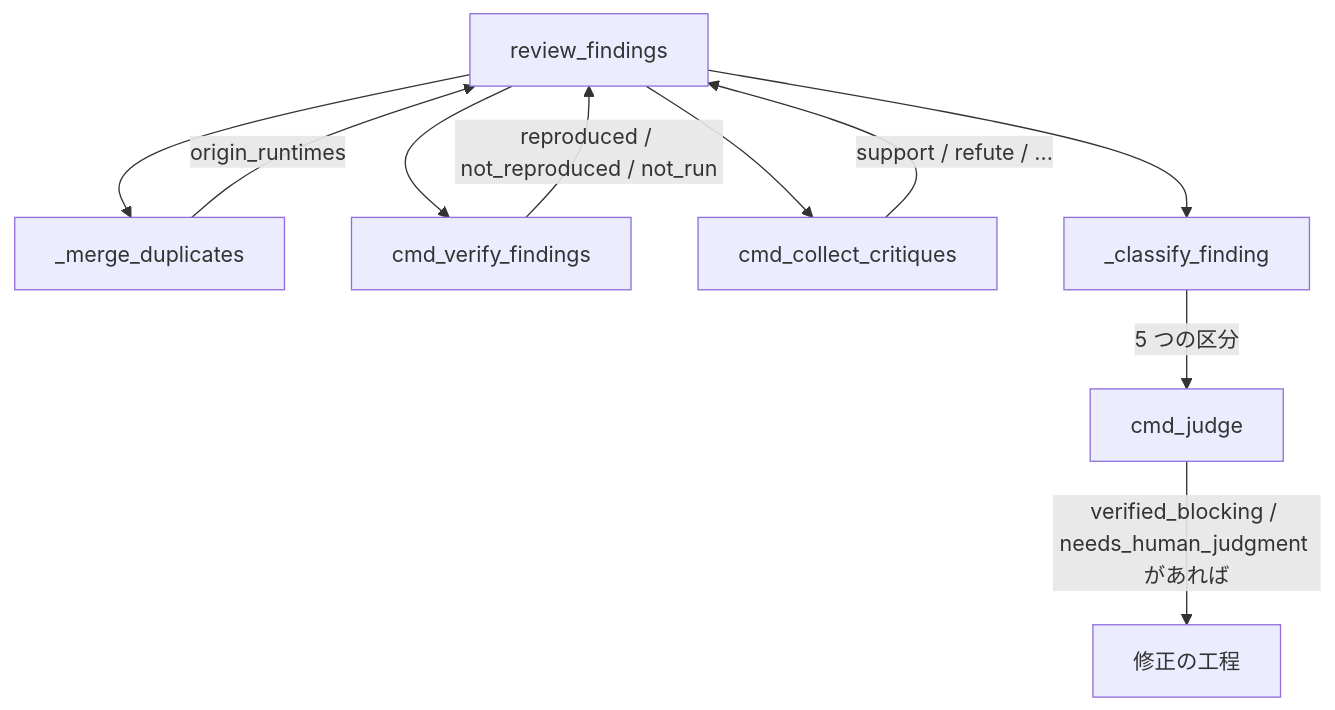
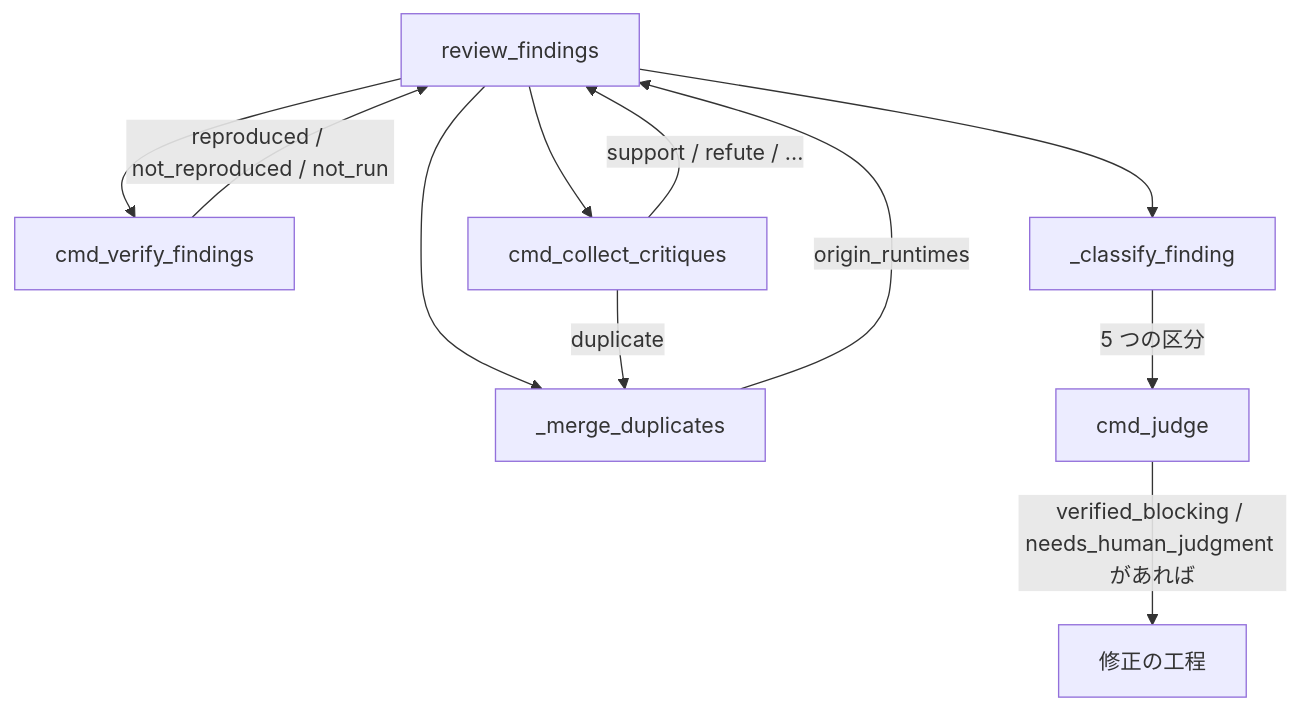
One commit to devbasex/ai-plugins changed the first of 2 diagrams in issues/issue-156-pr3-design.md. Above: the diagram before and after it, drawn with Mermaid. The commit also changed other lines of this file, not shown here.

First line of the commit message:
Fix: 束ねた組の実行検証の集約と、相互の duplicate の当ラウンド統合（#539 レビュー 4 巡目）

````diff
--- a/issues/issue-156-pr3-design.md
+++ b/issues/issue-156-pr3-design.md
@@ -40,12 +40,13 @@
 ```mermaid
 graph TD
     RF[review_findings] --> MD[_merge_duplicates]
     MD -->|origin_runtimes| RF
     RF --> VF[cmd_verify_findings]
     VF -->|reproduced / not_reproduced / not_run| RF
     RF --> CR[cmd_collect_critiques]
     CR -->|support / refute / ...| RF
+    CR -->|duplicate| MD
     RF --> CL[_classify_finding]
     CL -->|5 つの区分| JG[cmd_judge]
     JG -->|verified_blocking / needs_human_judgment があれば| FX[修正の工程]
 ```
````
